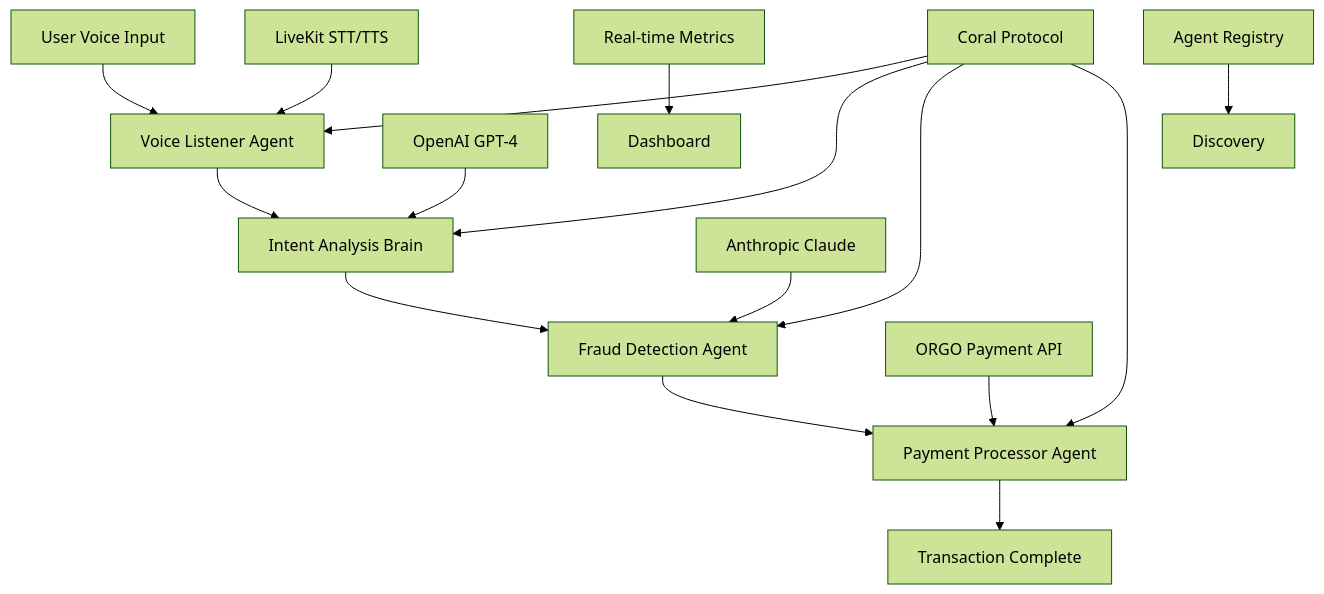
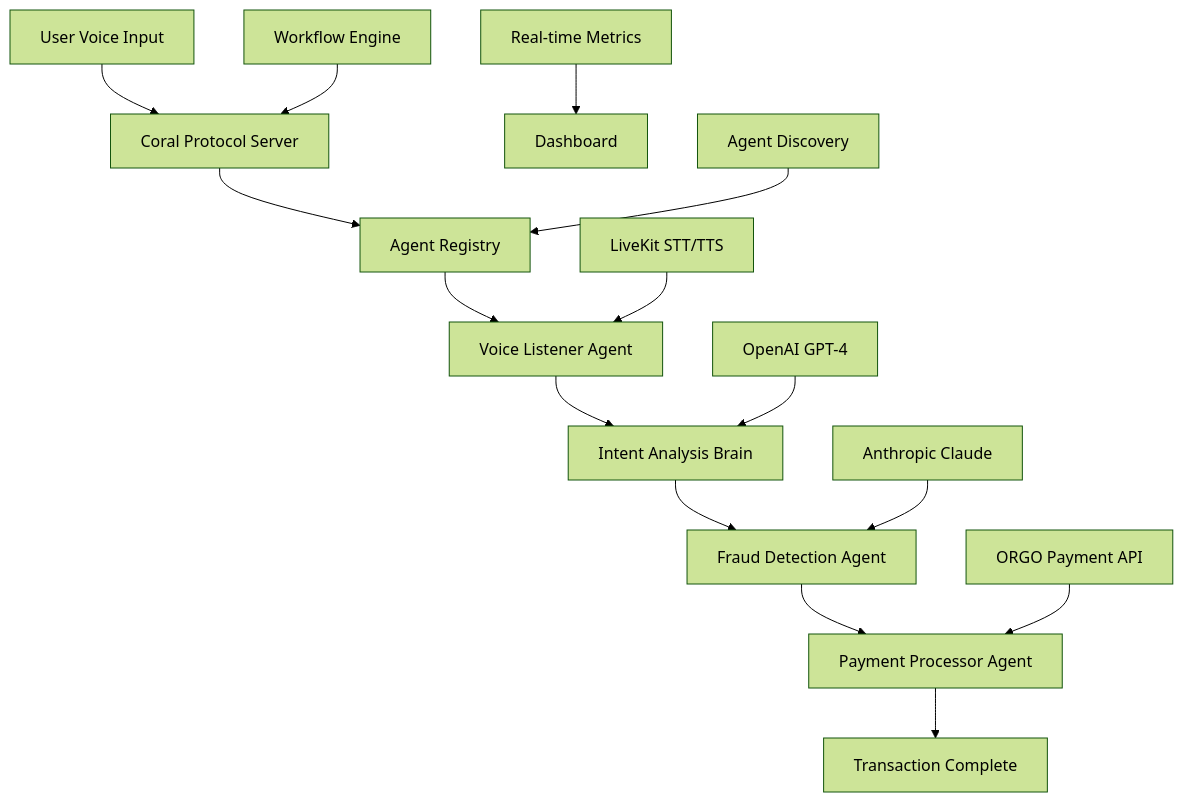
The diagram in README.md (lucylow/coral-rush), drawn with Mermaid (forest theme) before and after one commit. The commit also changed other lines of this file and 2 other files, not shown here.

````diff
--- a/README.md
+++ b/README.md
@@ -28,21 +28,19 @@
 ```mermaid
 graph TB
-    A[User Voice Input] --> B[Voice Listener Agent]
-    B --> C[Intent Analysis Brain]
-    C --> D[Fraud Detection Agent]
-    D --> E[Payment Processor Agent]
-    E --> F[Transaction Complete]
+    A[User Voice Input] --> B[Coral Protocol Server]
+    B --> C[Agent Registry]
+    C --> D[Voice Listener Agent]
+    D --> E[Intent Analysis Brain]
+    E --> F[Fraud Detection Agent]
+    F --> G[Payment Processor Agent]
+    G --> H[Transaction Complete]
     
-    G[Coral Protocol] --> B
-    G --> C
-    G --> D
-    G --> E
+    I[LiveKit STT/TTS] --> D
+    J[OpenAI GPT-4] --> E
+    K[Anthropic Claude] --> F
+    L[ORGO Payment API] --> G
     
-    H[LiveKit STT/TTS] --> B
-    I[OpenAI GPT-4] --> C
-    J[Anthropic Claude] --> D
-    K[ORGO Payment API] --> E
-    
-    L[Real-time Metrics] --> M[Dashboard]
-    N[Agent Registry] --> O[Discovery]
+    M[Real-time Metrics] --> N[Dashboard]
+    O[Agent Discovery] --> C
+    P[Workflow Engine] --> B
 ```
````
